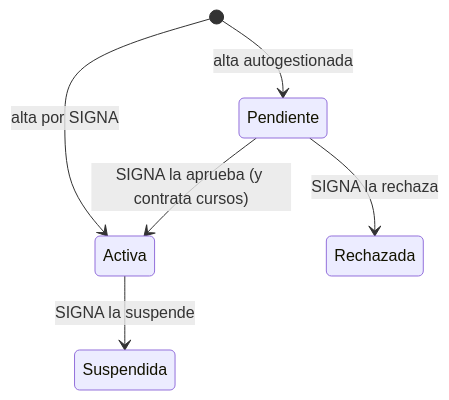
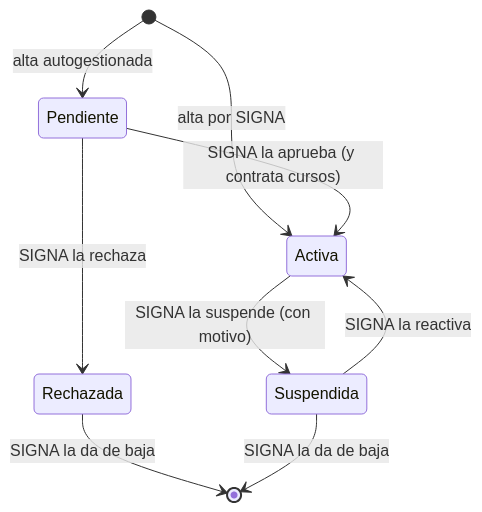
Before and after one commit to signasource/signa-api: the fourth of 17 diagrams in docs/diagrams/state.md, drawn with Mermaid. The commit also changed other lines of this file and 4 other files, not shown here.

First line of the commit message:
docs: sync CLAUDE.md, README and diagrams with the current code

````diff
--- a/docs/diagrams/state.md
+++ b/docs/diagrams/state.md
@@ -59,8 +76,11 @@
 ```mermaid
 stateDiagram-v2
     [*] --> Pendiente : alta autogestionada
     [*] --> Activa : alta por SIGNA
     Pendiente --> Activa : SIGNA la aprueba (y contrata cursos)
     Pendiente --> Rechazada : SIGNA la rechaza
-    Activa --> Suspendida : SIGNA la suspende
+    Activa --> Suspendida : SIGNA la suspende (con motivo)
+    Suspendida --> Activa : SIGNA la reactiva
+    Rechazada --> [*] : SIGNA la da de baja
+    Suspendida --> [*] : SIGNA la da de baja
 ```
````
